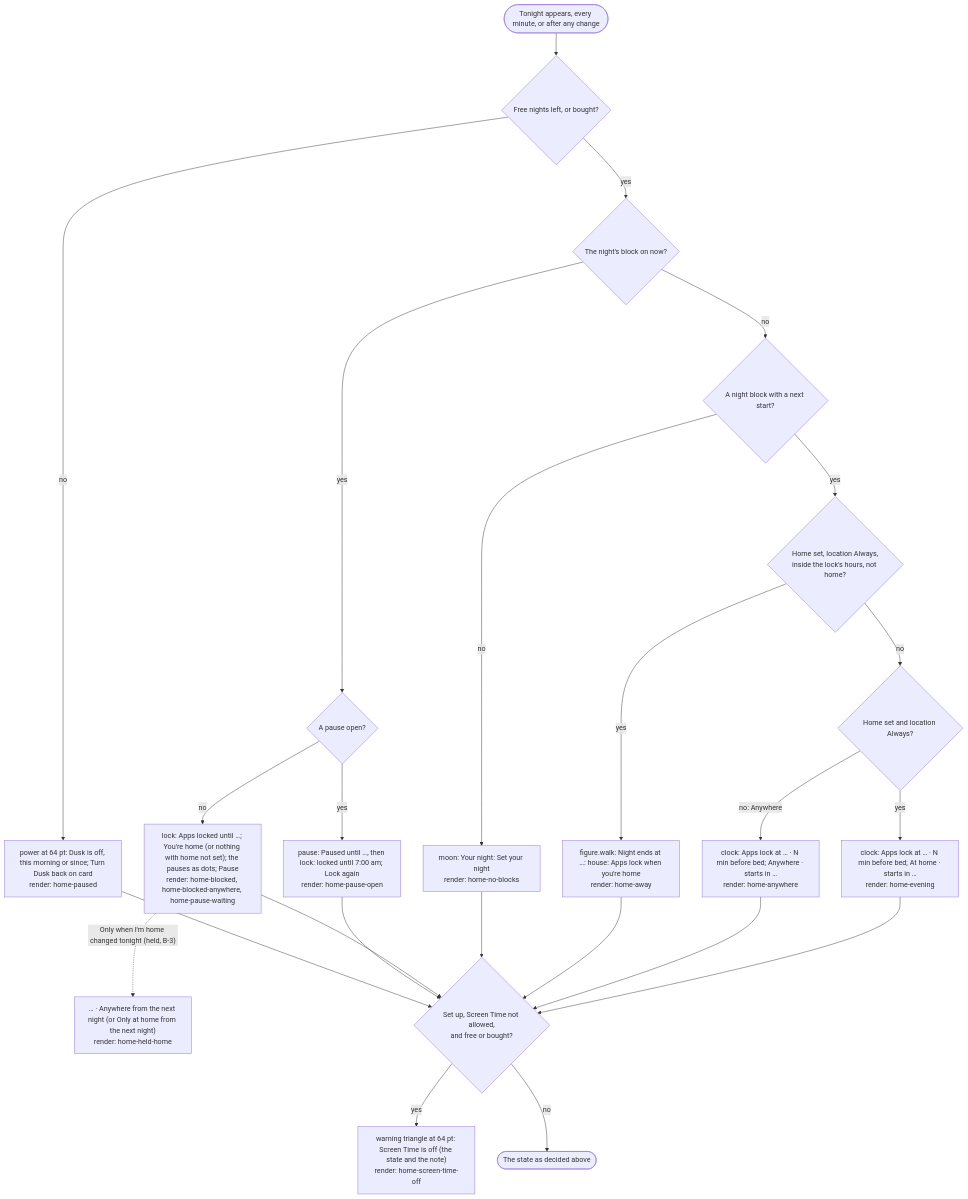
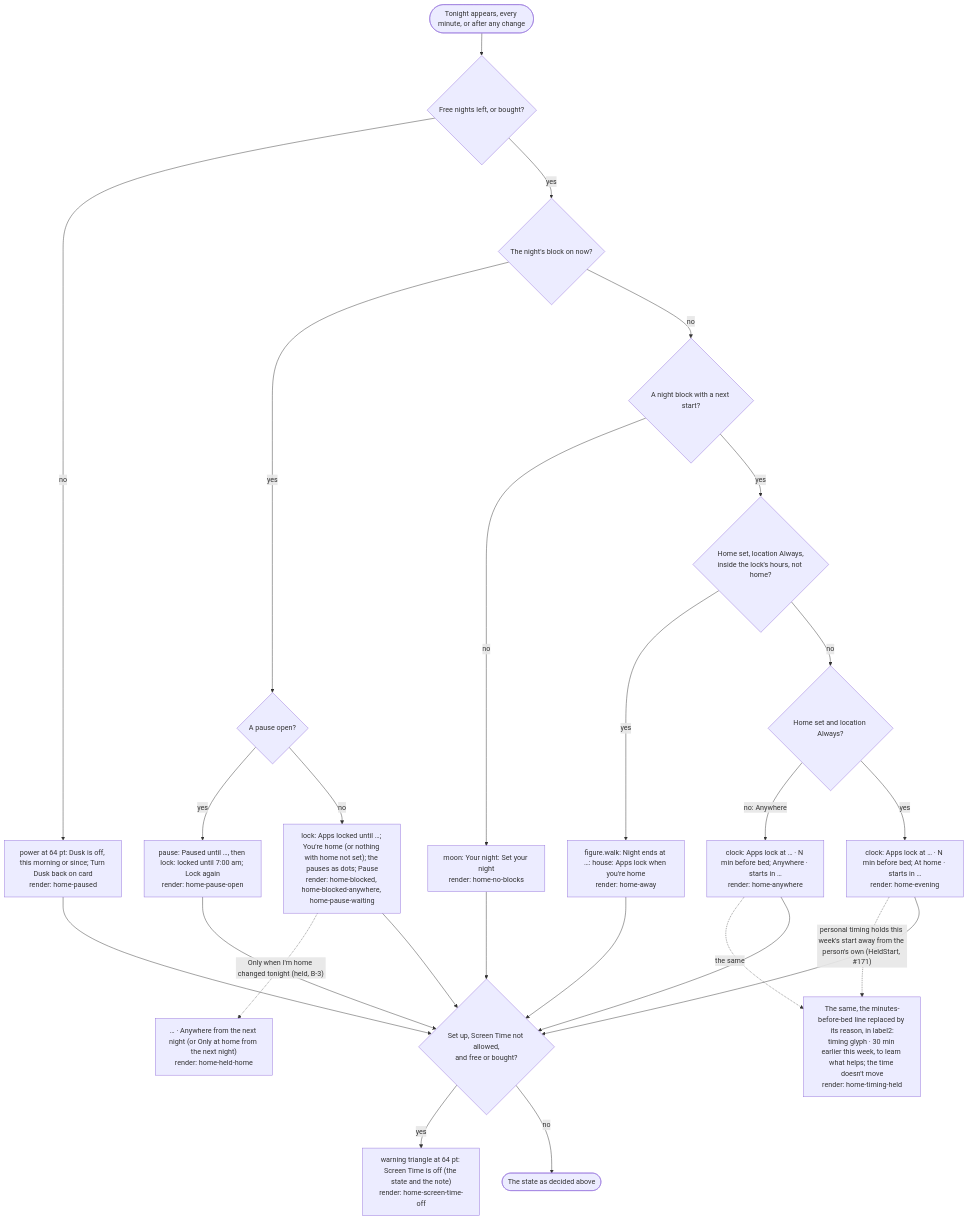
The first of 6 diagrams in docs/flows/tonight.md (adit-rah/toll), drawn with Mermaid before and after one commit. The commit also changed other lines of this file and 34 other files, not shown here.

First line of the commit message:
Personal timing is offered once, after the first week, with a switch in Settings › Sleep (D112, #171) (#180)

````diff
--- a/docs/flows/tonight.md
+++ b/docs/flows/tonight.md
@@ -13,28 +13,30 @@
 ```mermaid
 flowchart TD
   open(["Tonight appears, every minute, or after any change"]) --> entitled{"Free nights left, or bought?"}
   entitled -->|"no"| off["power at 64 pt: Dusk is off, this morning or since; Turn Dusk back on card<br/>render: home-paused"]
   entitled -->|"yes"| nightOn{"The night's block on now?"}
   nightOn -->|"yes"| pauseOpen{"A pause open?"}
   pauseOpen -->|"yes"| paused["pause: Paused until …, then lock: locked until 7:00 am; Lock again<br/>render: home-pause-open"]
   pauseOpen -->|"no"| locked["lock: Apps locked until …; You're home (or nothing with home not set); the pauses as dots; Pause<br/>render: home-blocked, home-blocked-anywhere, home-pause-waiting"]
   locked -.->|"Only when I'm home changed tonight (held, B-3)"| lockedHeld["… · Anywhere from the next night (or Only at home from the next night)<br/>render: home-held-home"]
   nightOn -->|"no"| hasNight{"A night block with a next start?"}
   hasNight -->|"no"| noNight["moon: Your night: Set your night<br/>render: home-no-blocks"]
   hasNight -->|"yes"| awayCheck{"Home set, location Always,<br/>inside the lock's hours, not home?"}
   awayCheck -->|"yes"| away["figure.walk: Night ends at …: house: Apps lock when you're home<br/>render: home-away"]
   awayCheck -->|"no"| placeCheck{"Home set and location Always?"}
   placeCheck -->|"no: Anywhere"| anywhere["clock: Apps lock at … · N min before bed; Anywhere · starts in …<br/>render: home-anywhere"]
   placeCheck -->|"yes"| evening["clock: Apps lock at … · N min before bed; At home · starts in …<br/>render: home-evening"]
+  evening -.->|"personal timing holds this week's start away from the person's own (HeldStart, #171)"| heldLine["The same, the minutes-before-bed line replaced by its reason, in label2:<br/>timing glyph · 30 min earlier this week, to learn what helps; the time doesn't move<br/>render: home-timing-held"]
+  anywhere -.->|"the same"| heldLine
 
   off --> stCheck
   paused --> stCheck
   locked --> stCheck
   noNight --> stCheck
   away --> stCheck
   anywhere --> stCheck
   evening --> stCheck
   stCheck{"Set up, Screen Time not allowed,<br/>and free or bought?"}
   stCheck -->|"yes"| stOff["warning triangle at 64 pt: Screen Time is off (the state and the note)<br/>render: home-screen-time-off"]
   stCheck -->|"no"| shown(["The state as decided above"])
 ```
````
